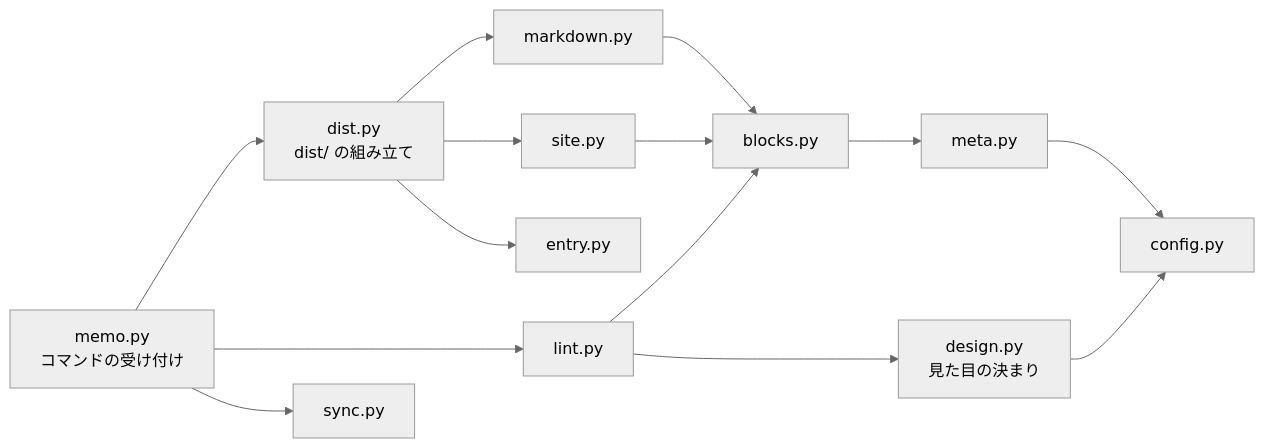
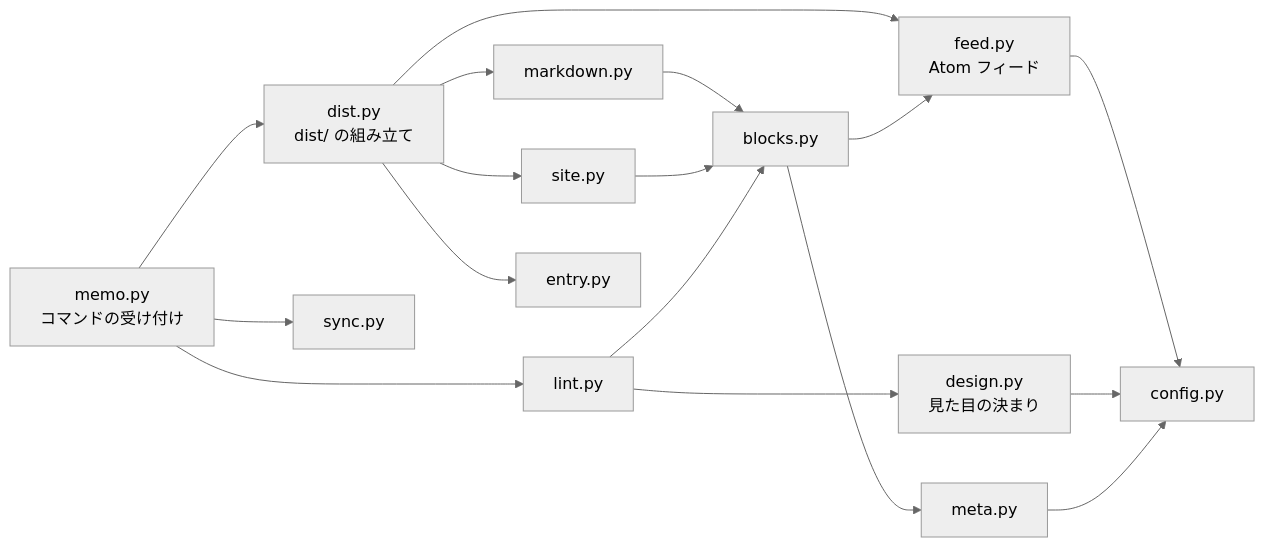
One commit to taka1156/memo-kit changed the fourth of 4 diagrams in memo-detail.md. Above: the diagram before and after it, drawn with Mermaid (neutral theme). The commit also changed other lines of this file and 10 other files, not shown here.

First line of the commit message:
Atom フィード（feed.xml）を build で生成する

````diff
--- a/memo-detail.md
+++ b/memo-detail.md
@@ -220,9 +224,10 @@
 ```mermaid
 flowchart LR
   cli["memo.py<br/>コマンドの受け付け"] --> dist["dist.py<br/>dist/ の組み立て"]
   cli --> lint["lint.py"] & sync["sync.py"]
   dist --> md["markdown.py"] & site["site.py"] & entry["entry.py"]
   md & site & lint --> blocks["blocks.py"]
+  dist & blocks --> feed["feed.py<br/>Atom フィード"] --> config
   lint --> design["design.py<br/>見た目の決まり"] --> config
   blocks --> meta["meta.py"] --> config["config.py"]
 ```
````
